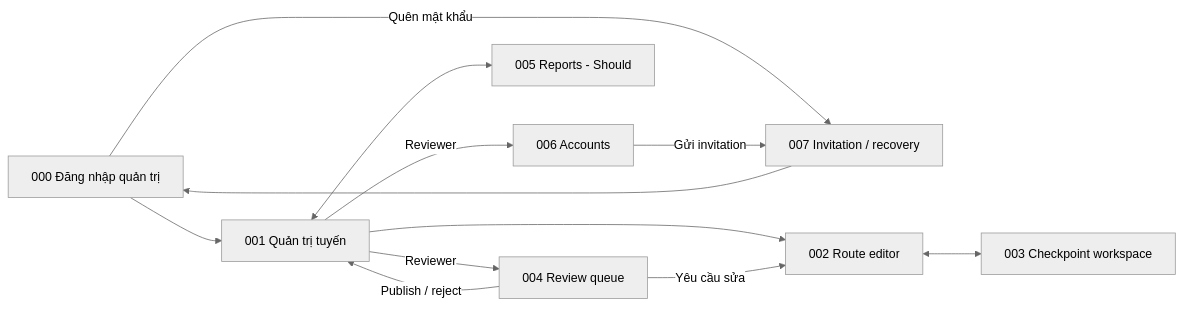
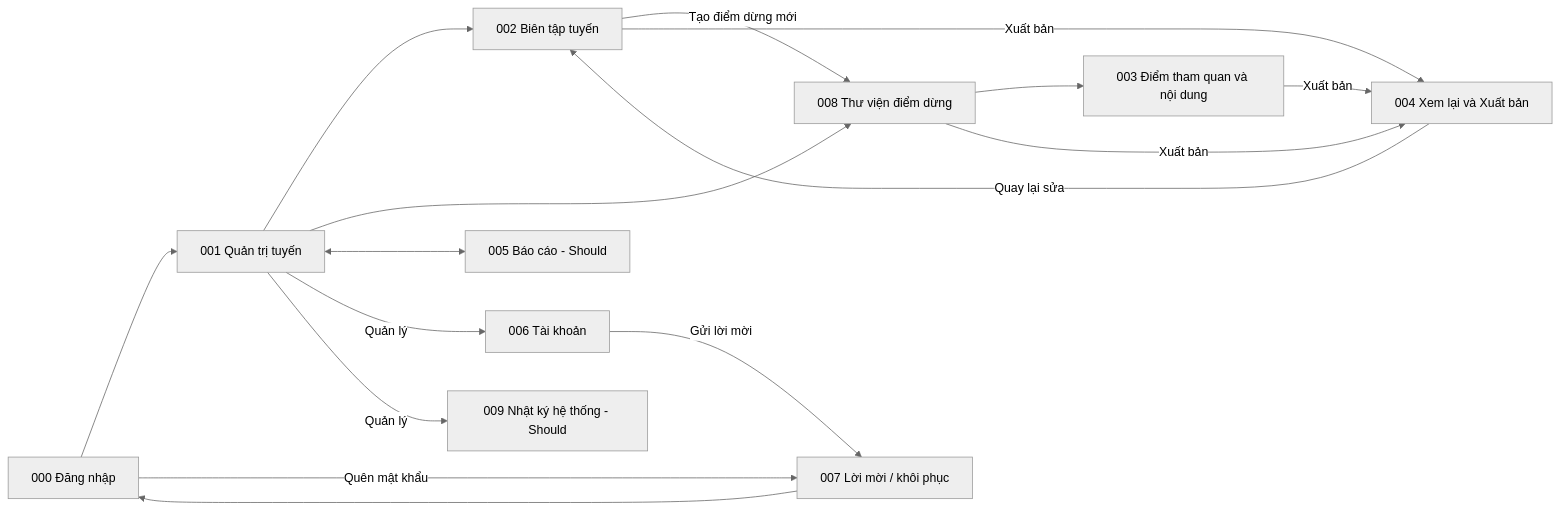
The diagram in screens/screen list/screen-list-M03.md (MckhueVanPhuc/Refactor-Cuc-Phuong), drawn with Mermaid (neutral theme) before and after one commit. The commit also changed other lines of this file and 10 other files, not shown here.

````diff
--- a/screens/screen list/screen-list-M03.md
+++ b/screens/screen list/screen-list-M03.md
@@ -108,14 +126,18 @@
 ```mermaid
 flowchart LR
-    AUTH["000 Đăng nhập quản trị"] --> A["001 Quản trị tuyến"]
-    AUTH -->|"Quên mật khẩu"| CRED["007 Invitation / recovery"]
+    AUTH["000 Đăng nhập"] --> A["001 Quản trị tuyến"]
+    AUTH -->|"Quên mật khẩu"| CRED["007 Lời mời / khôi phục"]
     CRED --> AUTH
-    A --> B["002 Route editor"]
-    B <--> C["003 Checkpoint workspace"]
-    A -->|"Reviewer"| D["004 Review queue"]
-    D -->|"Yêu cầu sửa"| B
-    D -->|"Publish / reject"| A
-    A <--> E["005 Reports - Should"]
-    A -->|"Reviewer"| F["006 Accounts"]
-    F -->|"Gửi invitation"| CRED
+    A --> B["002 Biên tập tuyến"]
+    A --> L["008 Thư viện điểm dừng"]
+    B -->|"Tạo điểm dừng mới"| L
+    L --> C["003 Điểm tham quan và nội dung"]
+    B -->|"Xuất bản"| R["004 Xem lại và Xuất bản"]
+    C -->|"Xuất bản"| R
+    L -->|"Xuất bản"| R
+    R -->|"Quay lại sửa"| B
+    A <--> E["005 Báo cáo - Should"]
+    A -->|"Quản lý"| F["006 Tài khoản"]
+    F -->|"Gửi lời mời"| CRED
+    A -->|"Quản lý"| G["009 Nhật ký hệ thống - Should"]
 ```
````
